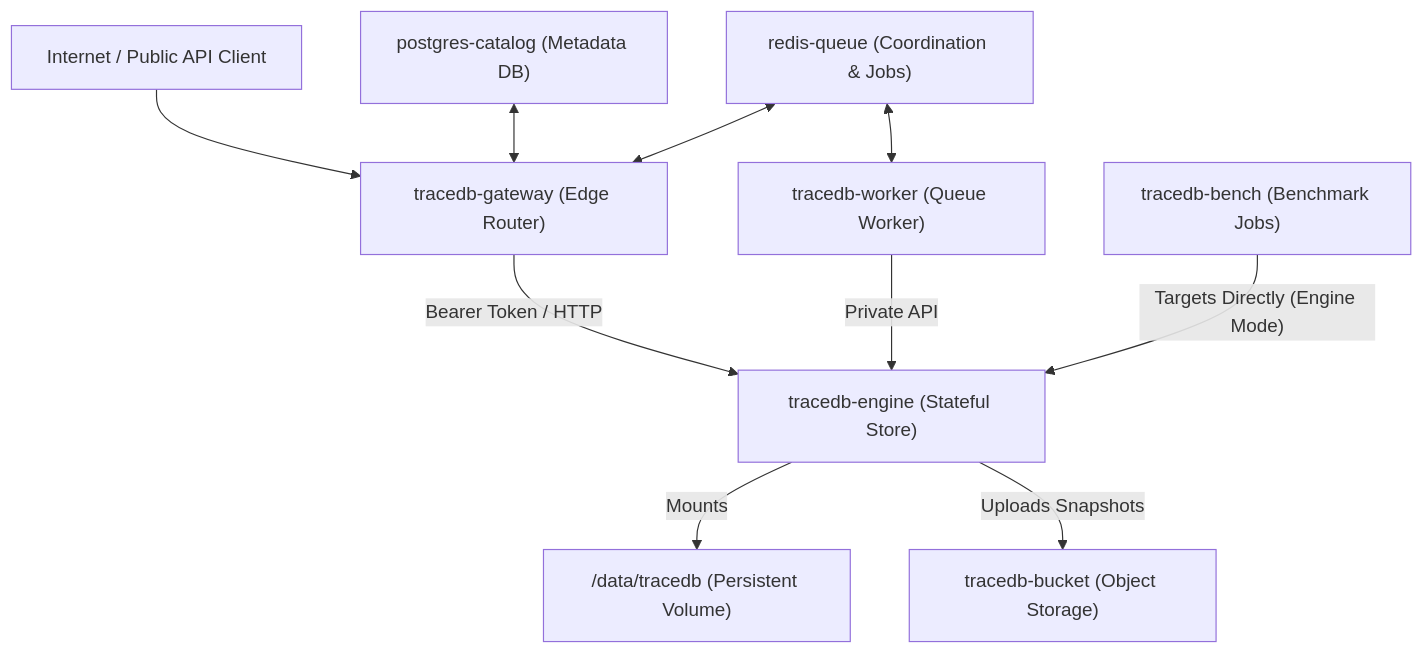
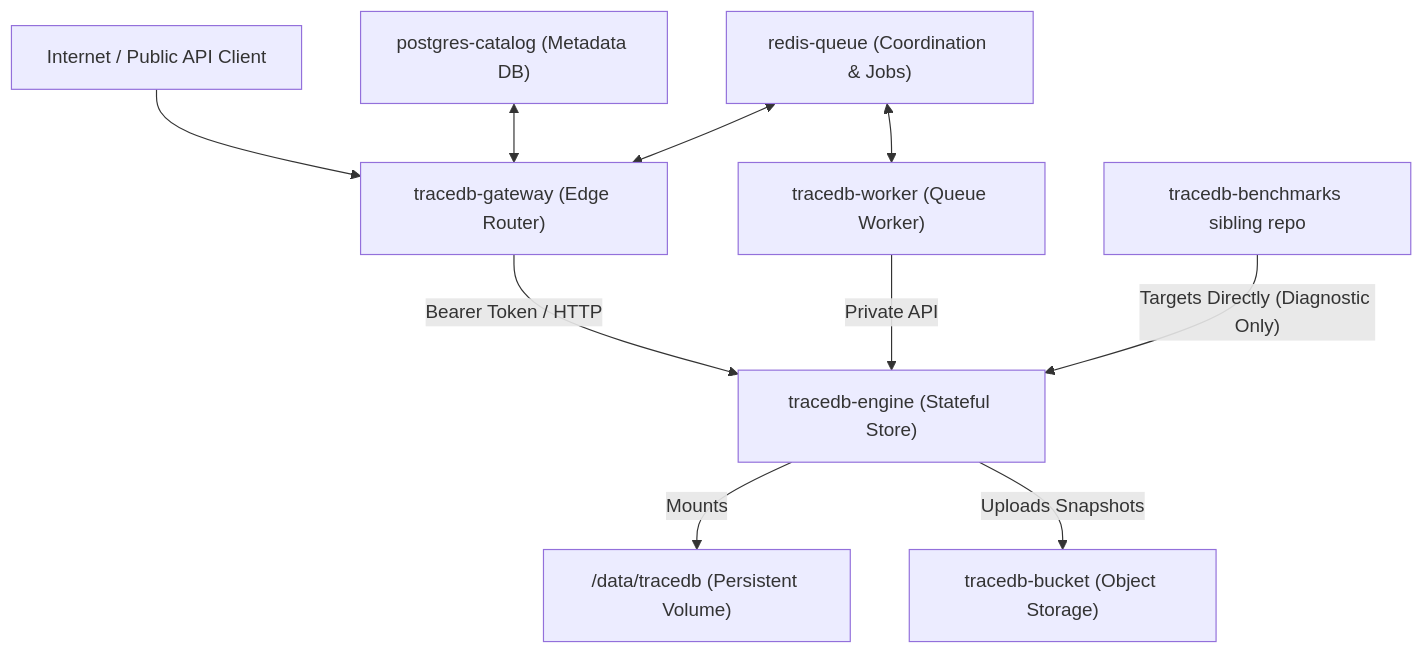
The first of 2 diagrams in docs/Operations/railway-lab.md (Trace-DB/tracedb), drawn with Mermaid before and after one commit. The commit also changed other lines of this file and 101 other files, not shown here.

````diff
--- a/docs/Operations/railway-lab.md
+++ b/docs/Operations/railway-lab.md
@@ -11,11 +11,11 @@
 ```mermaid
 flowchart TD
     PublicEdge["Internet / Public API Client"] --> Gateway["tracedb-gateway (Edge Router)"]
     Gateway -- "Bearer Token / HTTP" --> Engine["tracedb-engine (Stateful Store)"]
     Worker["tracedb-worker (Queue Worker)"] -- "Private API" --> Engine
     Engine -- "Mounts" --> Volume["/data/tracedb (Persistent Volume)"]
     Engine -- "Uploads Snapshots" --> Bucket["tracedb-bucket (Object Storage)"]
     Catalog["postgres-catalog (Metadata DB)"] <--> Gateway
     Queue["redis-queue (Coordination & Jobs)"] <--> Gateway & Worker
-    Bench["tracedb-bench (Benchmark Jobs)"] -- "Targets Directly (Engine Mode)" --> Engine
+    Bench["tracedb-benchmarks sibling repo"] -- "Targets Directly (Diagnostic Only)" --> Engine
 ```
````
